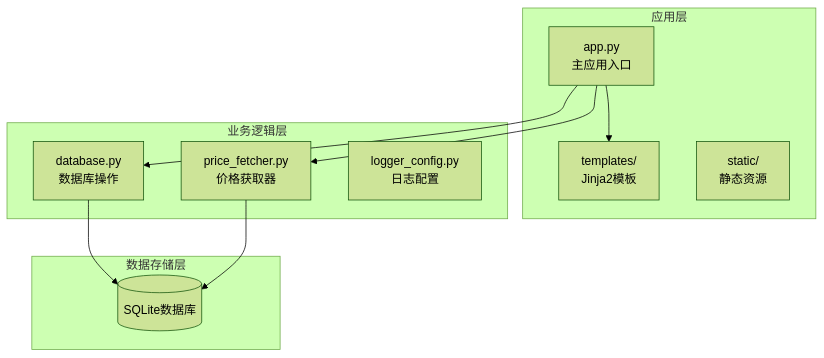
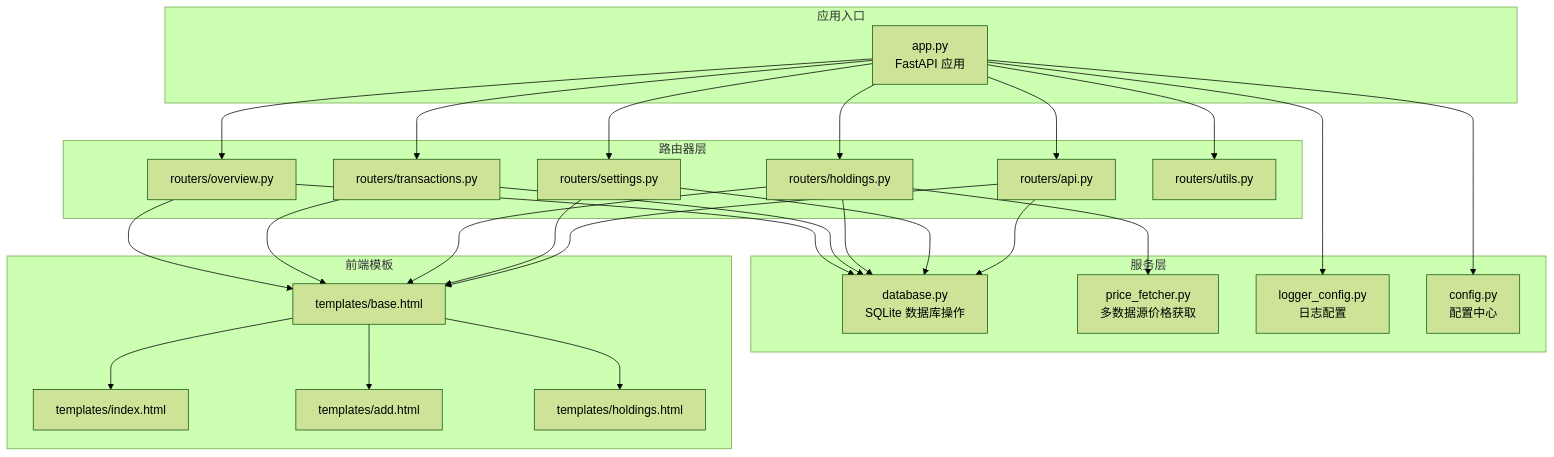
Before and after one commit to macrohuang/invest-log: the first of 6 diagrams in .qoder/repowiki/zh/content/开发者指南/扩展开发指南.md, drawn with Mermaid (forest theme). The commit also changed other lines of this file and 121 other files, not shown here.

````diff
--- a/.qoder/repowiki/zh/content/开发者指南/扩展开发指南.md
+++ b/.qoder/repowiki/zh/content/开发者指南/扩展开发指南.md
@@ -41,21 +47,48 @@
 ```mermaid
 graph TB
-subgraph "应用层"
-APP[app.py<br/>主应用入口]
-TPL[templates/<br/>Jinja2模板]
-STATIC[static/<br/>静态资源]
+subgraph "应用入口"
+APP["app.py<br/>FastAPI 应用"]
 end
-subgraph "业务逻辑层"
-DB[database.py<br/>数据库操作]
-PF[price_fetcher.py<br/>价格获取器]
-LOG[logger_config.py<br/>日志配置]
+subgraph "路由器层"
+OVER["routers/overview.py"]
+TRANS["routers/transactions.py"]
+HOLD["routers/holdings.py"]
+SETT["routers/settings.py"]
+API["routers/api.py"]
+UTILS["routers/utils.py"]
 end
-subgraph "数据存储层"
-SQLITE[(SQLite数据库)]
+subgraph "服务层"
+DB["database.py<br/>SQLite 数据库操作"]
+PRICE["price_fetcher.py<br/>多数据源价格获取"]
+LOG["logger_config.py<br/>日志配置"]
+CFG["config.py<br/>配置中心"]
 end
-APP --> DB
-APP --> PF
-APP --> TPL
-DB --> SQLITE
-PF --> SQLITE
+subgraph "前端模板"
+BASE["templates/base.html"]
+IDX["templates/index.html"]
+ADD["templates/add.html"]
+HOLDT["templates/holdings.html"]
+end
+APP --> OVER
+APP --> TRANS
+APP --> HOLD
+APP --> SETT
+APP --> API
+APP --> UTILS
+OVER --> DB
+TRANS --> DB
+HOLD --> DB
+SETT --> DB
+API --> DB
+HOLD --> PRICE
+APP --> CFG
+APP --> LOG
+OVER --> BASE
+TRANS --> BASE
+HOLD --> BASE
+SETT --> BASE
+API --> BASE
+BASE --> IDX
+BASE --> ADD
+BASE --> HOLDT
 ```
````
